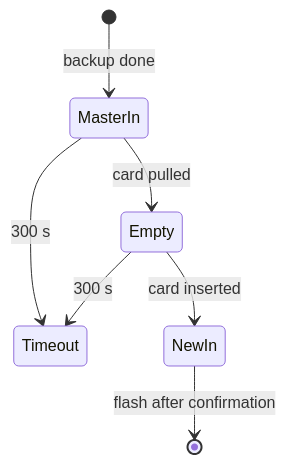
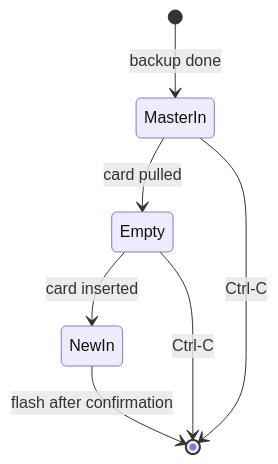
One commit to Boston-Robot-Hackers/microsd-utils changed the diagram in process/01-literate/11-swap.md. Above: the diagram before and after it, drawn with Mermaid. The commit also changed other lines of this file and 40 other files, not shown here.

````diff
--- a/process/01-literate/11-swap.md
+++ b/process/01-literate/11-swap.md
@@ -51,9 +50,9 @@
 ```mermaid
 stateDiagram-v2
     [*] --> MasterIn: backup done
     MasterIn --> Empty: card pulled
-    MasterIn --> Timeout: 300 s
     Empty --> NewIn: card inserted
-    Empty --> Timeout: 300 s
     NewIn --> [*]: flash after confirmation
+    MasterIn --> [*]: Ctrl-C
+    Empty --> [*]: Ctrl-C
 ```
````
